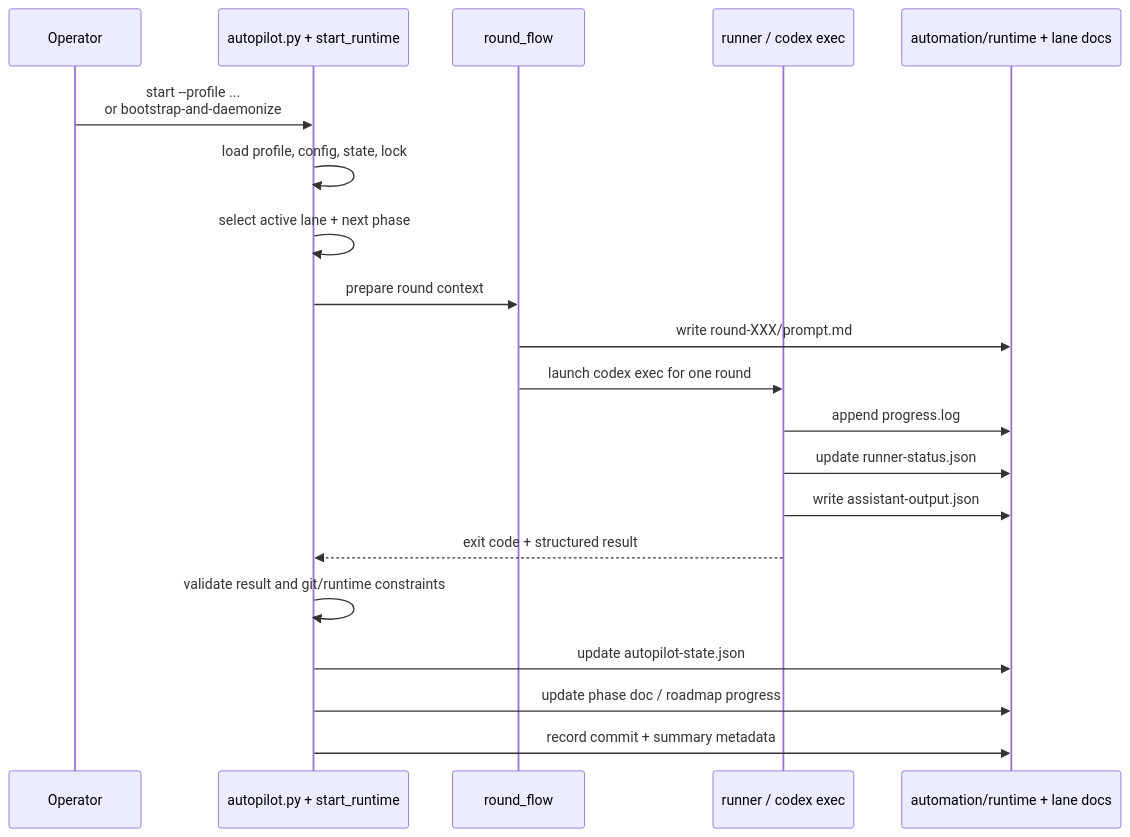
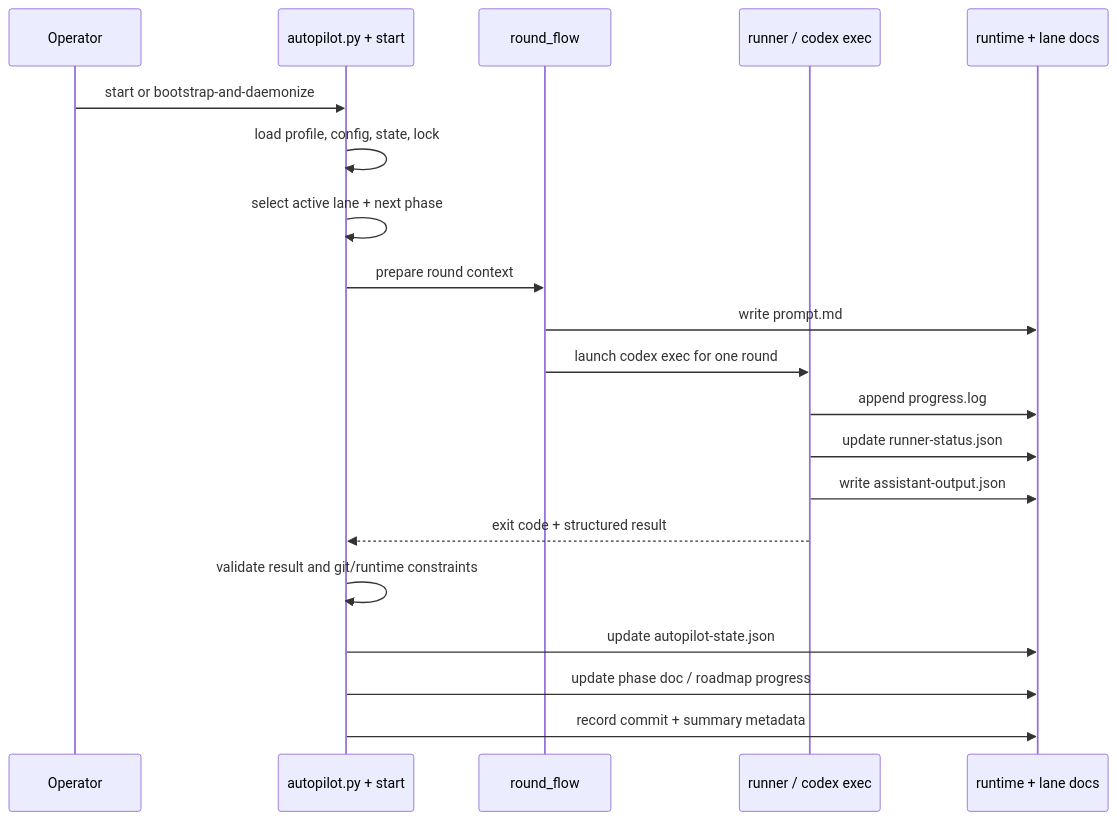
Before and after one commit to OCDcreator/my-skills: the second of 2 diagrams in custom/codex-autopilot-scaffold/RUNTIME-ARCHITECTURE.md, drawn with Mermaid. The commit also changed other lines of this file and 2 other files, not shown here.

Commit message:
docs: add Chinese autopilot runtime architecture guide

````diff
--- a/custom/codex-autopilot-scaffold/RUNTIME-ARCHITECTURE.md
+++ b/custom/codex-autopilot-scaffold/RUNTIME-ARCHITECTURE.md
@@ -77,23 +79,23 @@
 ```mermaid
 sequenceDiagram
     participant Operator
-    participant Controller as autopilot.py + start_runtime
+    participant Controller as autopilot.py + start
     participant RoundFlow as round_flow
     participant Runner as runner / codex exec
-    participant Runtime as automation/runtime + lane docs
+    participant Runtime as runtime + lane docs
 
-    Operator->>Controller: start --profile ...<br/>or bootstrap-and-daemonize
+    Operator->>Controller: start or bootstrap-and-daemonize
     Controller->>Controller: load profile, config, state, lock
     Controller->>Controller: select active lane + next phase
     Controller->>RoundFlow: prepare round context
-    RoundFlow->>Runtime: write round-XXX/prompt.md
+    RoundFlow->>Runtime: write prompt.md
     RoundFlow->>Runner: launch codex exec for one round
     Runner->>Runtime: append progress.log
     Runner->>Runtime: update runner-status.json
     Runner->>Runtime: write assistant-output.json
     Runner-->>Controller: exit code + structured result
     Controller->>Controller: validate result and git/runtime constraints
     Controller->>Runtime: update autopilot-state.json
     Controller->>Runtime: update phase doc / roadmap progress
     Controller->>Runtime: record commit + summary metadata
 ```
````
